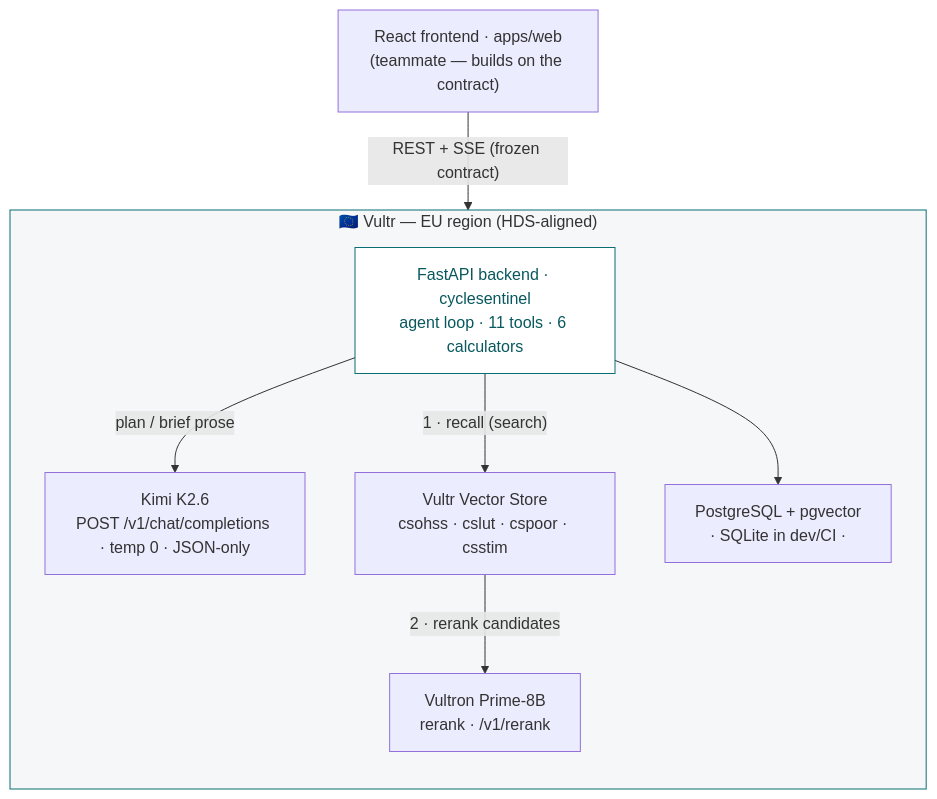
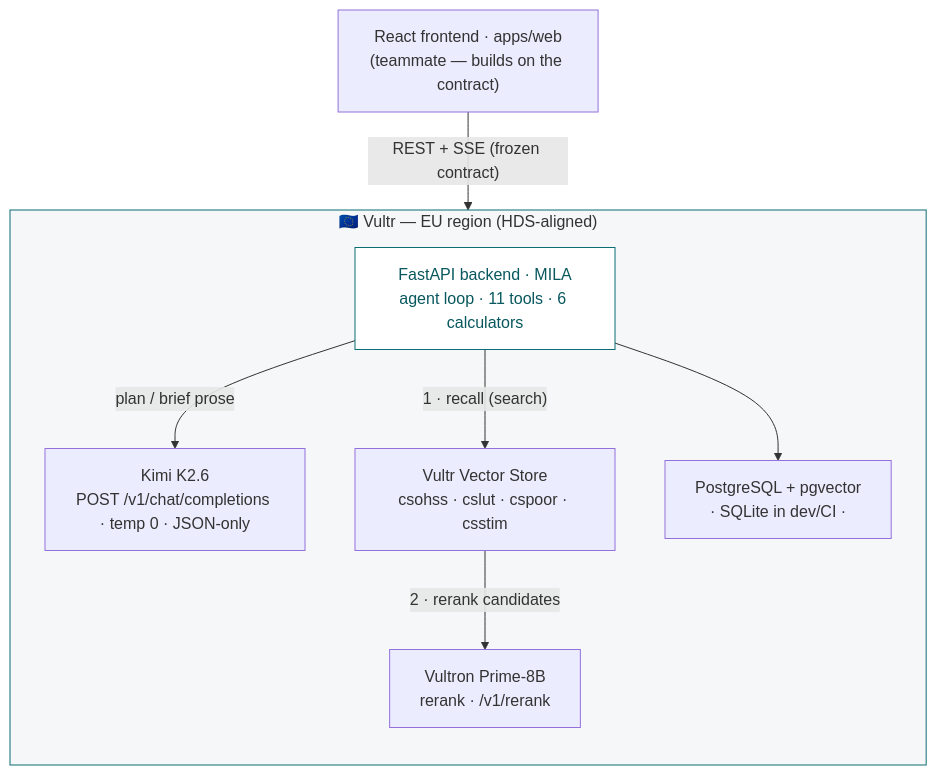
Before and after one commit to Meatisdelicious/raise-summit-hackathon-2026: the third of 3 diagrams in README.md, drawn with Mermaid. The commit also changed other lines of this file and 2 other files, not shown here.

Commit message:
docs : renaming to MILA

````diff
--- a/README.md
+++ b/README.md
@@ -152,20 +152,20 @@
 ```mermaid
 flowchart TB
     Web["React frontend · apps/web<br/>(teammate — builds on the contract)"]
     subgraph EU["🇪🇺 Vultr — EU region (HDS-aligned)"]
         direction TB
-        API["FastAPI backend · cyclesentinel<br/>agent loop · 11 tools · 6 calculators"]
+        API["FastAPI backend · MILA<br/>agent loop · 11 tools · 6 calculators"]
         LLM["Kimi K2.6<br/>POST /v1/chat/completions · temp 0 · JSON-only"]
         VS["Vultr Vector Store<br/>csohss · cslut · cspoor · csstim"]
         RR["Vultron Prime-8B<br/>rerank · /v1/rerank"]
         DB["PostgreSQL + pgvector<br/>· SQLite in dev/CI ·"]
     end
     Web -->|"REST + SSE (frozen contract)"| API
     API -->|"plan / brief prose"| LLM
     API -->|"1 · recall (search)"| VS
     VS -->|"2 · rerank candidates"| RR
     API --> DB
 
     style EU fill:#F5F7F8,stroke:#0B6E75
     style API fill:#FFFFFF,stroke:#0B6E75,color:#08585E
 ```
````
